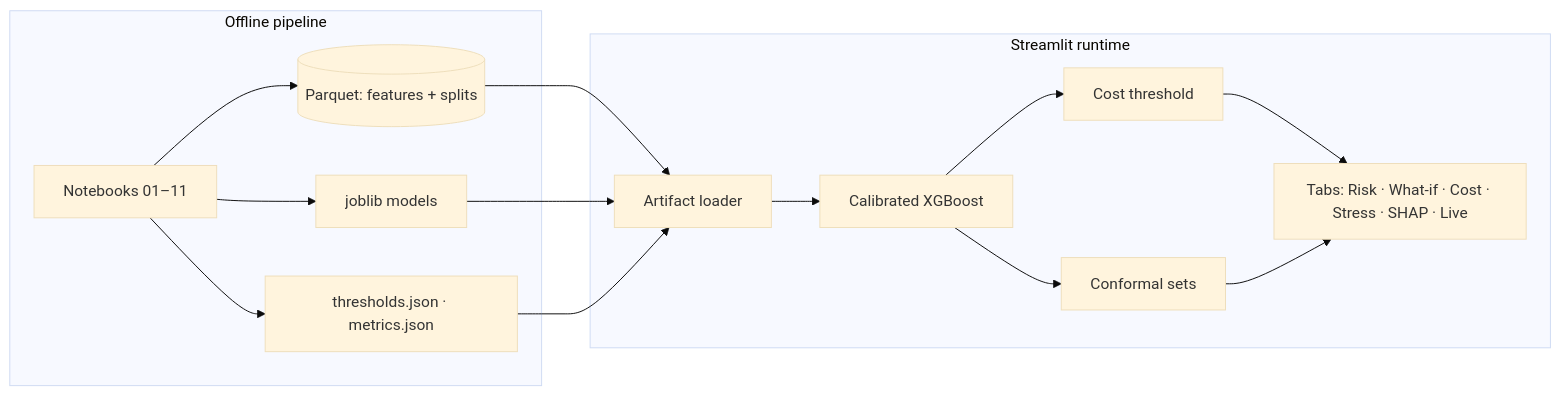
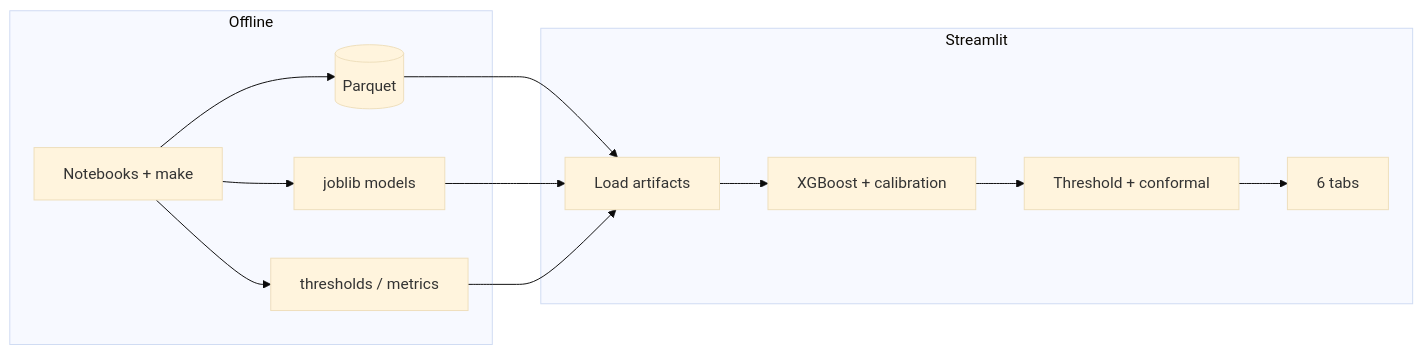
One commit to patel-manav20/TransitRisk-Machine-Learning-Project changed the first of 6 diagrams in README.md. Above: the diagram before and after it, drawn with Mermaid (base theme). The commit also changed other lines of this file and 2 other files, not shown here.

First line of the commit message:
docs: simplify README with diagrams and dashboard assets folder

````diff
--- a/README.md
+++ b/README.md
@@ -83,18 +67,16 @@
 ```mermaid
 flowchart LR
-  subgraph Offline["Offline pipeline"]
-    NB["Notebooks 01–11"] --> PARQUET[("Parquet: features + splits")]
-    NB --> JOBLIB["joblib models"]
-    NB --> JSON["thresholds.json · metrics.json"]
+  subgraph Off["Offline"]
+    NB["Notebooks + make"] --> P[("Parquet")]
+    NB --> J[joblib models]
+    NB --> T[thresholds / metrics]
   end
-  subgraph Runtime["Streamlit runtime"]
-    LOAD[Artifact loader] --> INF[Calibrated XGBoost]
-    INF --> TH[Cost threshold]
-    INF --> CONF[Conformal sets]
-    TH --> UI[Tabs: Risk · What-if · Cost · Stress · SHAP · Live]
-    CONF --> UI
+  subgraph Run["Streamlit"]
+    L[Load artifacts] --> M[XGBoost + calibration]
+    M --> D[Threshold + conformal]
+    D --> UI[6 tabs]
   end
-  PARQUET --> LOAD
-  JOBLIB --> LOAD
-  JSON --> LOAD
+  P --> L
+  J --> L
+  T --> L
 ```
````
